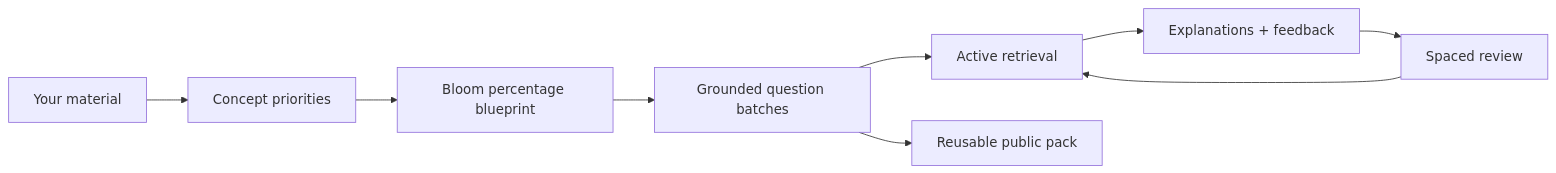
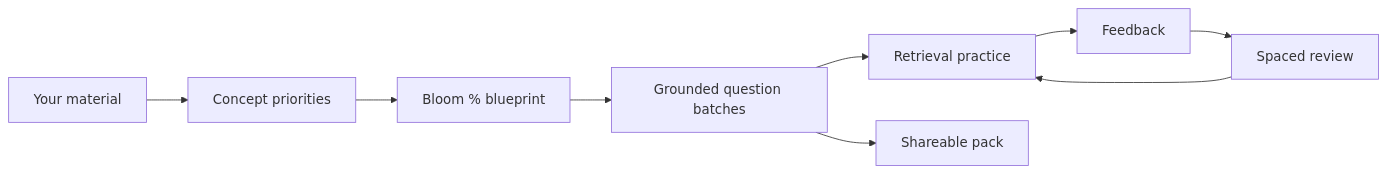
One commit to SeraKah-1/noodl changed the first of 3 diagrams in README.md. Above: the diagram before and after it, drawn with Mermaid. The commit also changed other lines of this file, not shown here.

````diff
--- a/README.md
+++ b/README.md
@@ -59,11 +78,11 @@
 ```mermaid
 flowchart LR
     A["Your material"] --> B["Concept priorities"]
-    B --> C["Bloom percentage blueprint"]
+    B --> C["Bloom % blueprint"]
     C --> D["Grounded question batches"]
-    D --> E["Active retrieval"]
-    E --> F["Explanations + feedback"]
+    D --> E["Retrieval practice"]
+    E --> F["Feedback"]
     F --> G["Spaced review"]
     G --> E
-    D --> H["Reusable public pack"]
+    D --> H["Shareable pack"]
 ```
````
